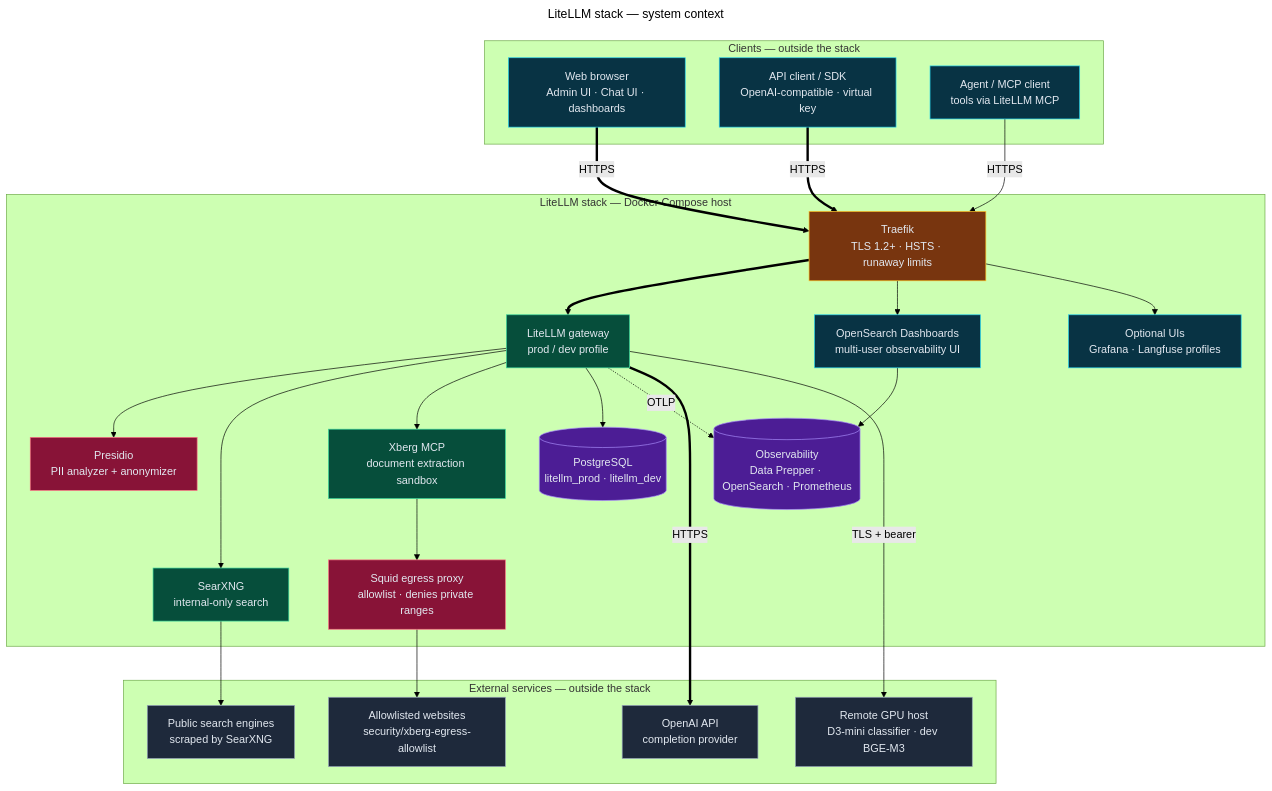
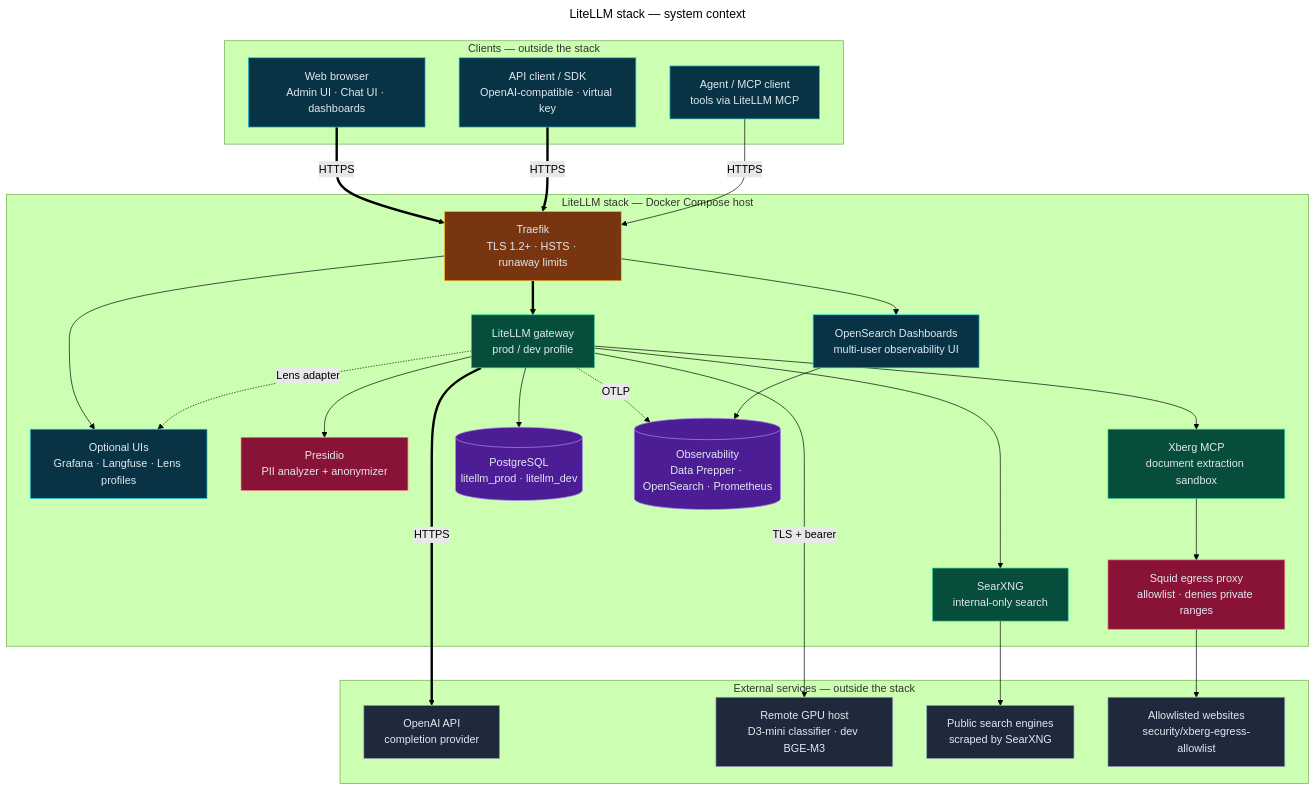
The diagram in diagrams/01-system-context.mmd (bella-1337/effective-spoon), drawn with Mermaid (forest theme) before and after one commit. The commit also changed 44 other files, not shown here.

```diff
--- a/diagrams/01-system-context.mmd
+++ b/diagrams/01-system-context.mmd
@@ -1,63 +1,64 @@
 ---
 title: LiteLLM stack — system context
 ---
 flowchart TD
   %% Source for 01-system-context.html. Edit this file, then run ./scripts/render-diagrams.py.
   %% Directives: docs in diagrams/README.md (Updating diagrams).
   %% @mode architecture
   %% @subtitle Who calls the stack, what runs inside the Docker host, and which services live outside it
-  %% @card cyan | Clients | Browsers, SDKs, and agents reach the stack only through Traefik over HTTPS | API clients authenticate to LiteLLM with a virtual key or the master key | Operators use OpenSearch Dashboards, plus Grafana or Langfuse when enabled
+  %% @card cyan | Clients | Browsers, SDKs, and agents reach the stack only through Traefik over HTTPS | API clients authenticate to LiteLLM with a virtual key or the master key | Operators use OpenSearch Dashboards, plus Grafana, Langfuse, or Lens when enabled
   %% @card violet | Inside the stack | LiteLLM is the single gateway for models, search, MCP tools, and guardrails | Presidio, SearXNG, Xberg, PostgreSQL, and telemetry stay on internal networks | Every container log, metric, and trace lands in OpenSearch by default
   %% @card rose | Outside the stack | OpenAI serves completions; a separate GPU host runs D3-mini and dev BGE-M3 embeddings behind one TLS proxy trusted through its mkcert CA | SearXNG scrapes public engines — review their terms of use | Xberg reaches only allowlisted sites through the Squid egress proxy
   %% @journey #22d3ee: API TR LL OAI
   %% @journey #a78bfa: BR TR OSD OBS
   %% @journey #34d399: AG TR LL XB SQ WEB
 
   subgraph CL["Clients — outside the stack"]
     BR["Web browser<br/>Admin UI · Chat UI · dashboards"]:::frontend
     API["API client / SDK<br/>OpenAI-compatible · virtual key"]:::frontend
     AG["Agent / MCP client<br/>tools via LiteLLM MCP"]:::frontend
   end
   subgraph ST["LiteLLM stack — Docker Compose host"]
     TR["Traefik<br/>TLS 1.2+ · HSTS · runaway limits"]:::cloud
     LL["LiteLLM gateway<br/>prod / dev profile"]:::backend
     OSD["OpenSearch Dashboards<br/>multi-user observability UI"]:::frontend
-    OPT["Optional UIs<br/>Grafana · Langfuse profiles"]:::frontend
+    OPT["Optional UIs<br/>Grafana · Langfuse · Lens profiles"]:::frontend
     PR["Presidio<br/>PII analyzer + anonymizer"]:::security
     SX["SearXNG<br/>internal-only search"]:::backend
     XB["Xberg MCP<br/>document extraction sandbox"]:::backend
     PG[("PostgreSQL<br/>litellm_prod · litellm_dev")]:::database
     OBS[("Observability<br/>Data Prepper · OpenSearch · Prometheus")]:::database
     SQ["Squid egress proxy<br/>allowlist · denies private ranges"]:::security
   end
   subgraph EX["External services — outside the stack"]
     OAI["OpenAI API<br/>completion provider"]:::external
     D3["Remote GPU host<br/>D3-mini classifier · dev BGE-M3"]:::external
     SE["Public search engines<br/>scraped by SearXNG"]:::external
     WEB["Allowlisted websites<br/>security/xberg-egress-allowlist"]:::external
   end
 
   BR ==>|"HTTPS"| TR
   API ==>|"HTTPS"| TR
   AG -->|"HTTPS"| TR
   TR ==> LL
   TR --> OSD
   TR --> OPT
   LL --> PR
   LL --> SX
   LL --> XB
   LL --> PG
   LL -.->|"OTLP"| OBS
+  LL -.->|"Lens adapter"| OPT
   OSD --> OBS
   XB --> SQ
   LL ==>|"HTTPS"| OAI
   LL -->|"TLS + bearer"| D3
   SX --> SE
   SQ --> WEB
 
   classDef backend fill:#064e3b,stroke:#34d399,color:#e2e8f0
   classDef cloud fill:#78350f,stroke:#fbbf24,color:#e2e8f0
   classDef database fill:#4c1d95,stroke:#a78bfa,color:#e2e8f0
   classDef external fill:#1e293b,stroke:#94a3b8,color:#e2e8f0
   classDef frontend fill:#083344,stroke:#22d3ee,color:#e2e8f0
   classDef security fill:#881337,stroke:#fb7185,color:#e2e8f0
```
